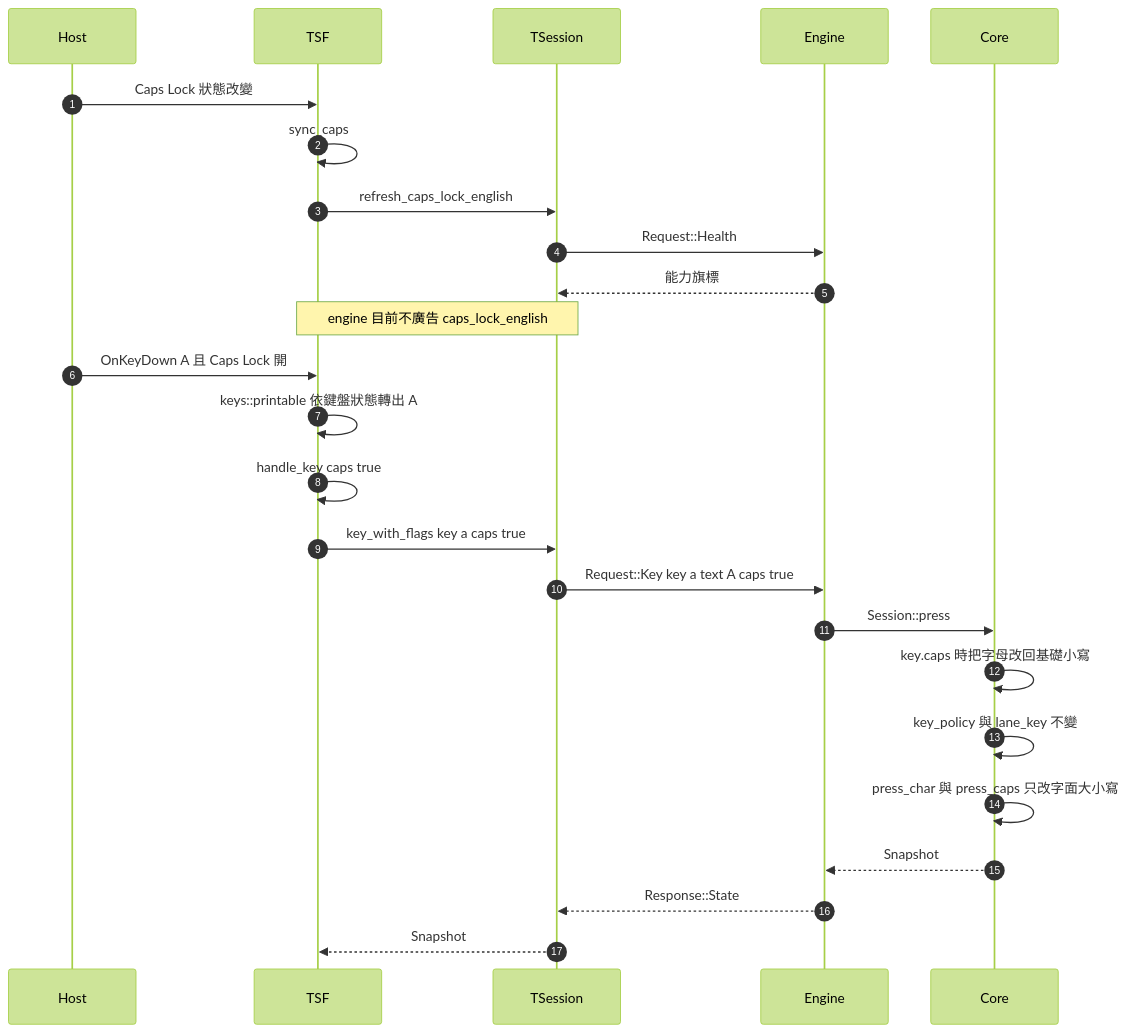
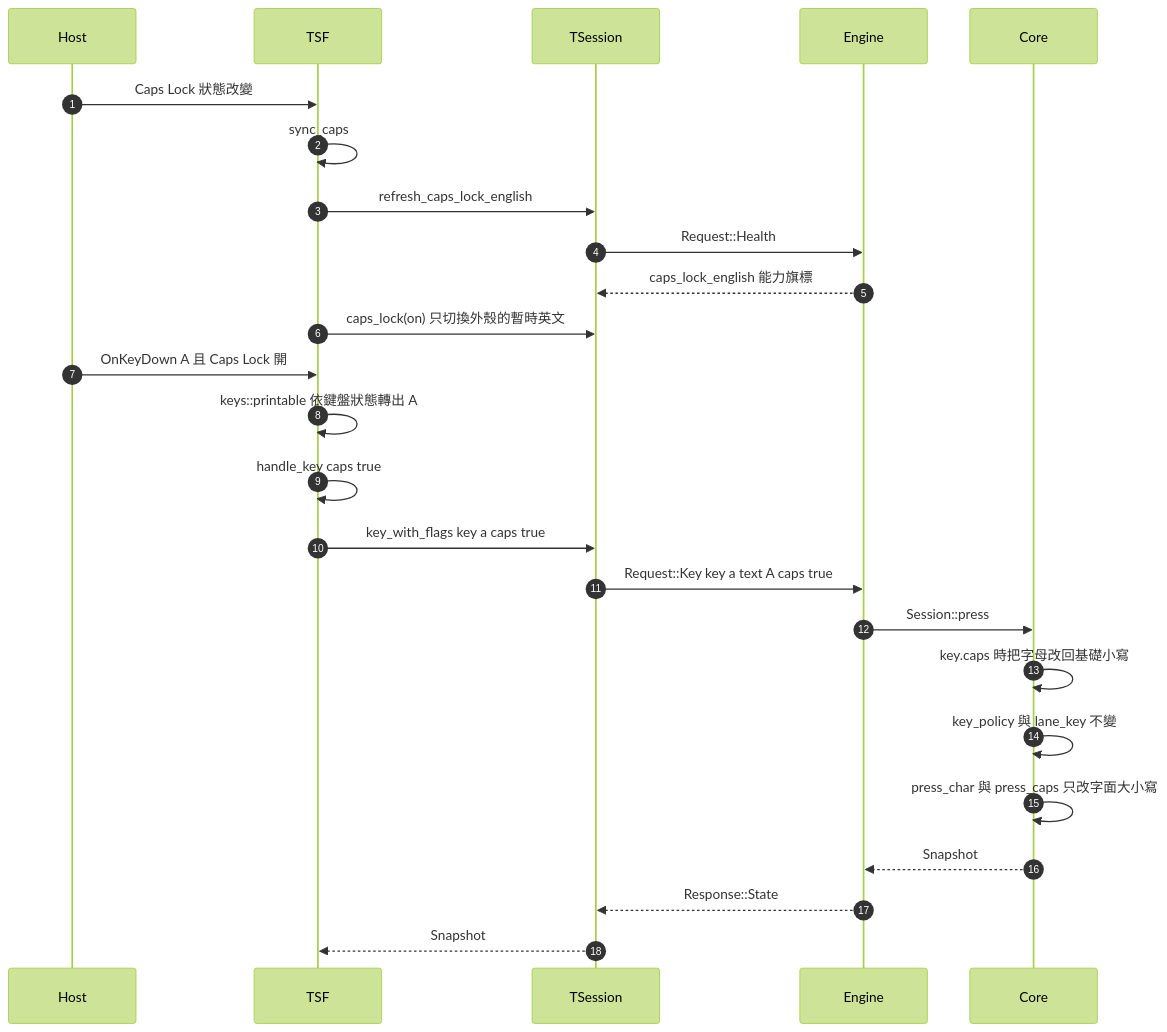
The sixth of 13 diagrams in docs/port/event-flows.md (jeffpeng3/jc-ime), drawn with Mermaid (forest theme) before and after one commit. The commit also changed other lines of this file and 6 other files, not shown here.

First line of the commit message:
feat(tsf): caps_lock_english 回報能力並在外殼切英文

````diff
--- a/docs/port/event-flows.md
+++ b/docs/port/event-flows.md
@@ -378,29 +378,29 @@
 ```mermaid
 sequenceDiagram
     autonumber
     participant Host
     participant TSF
     participant TSession
     participant Engine
     participant Core
 
     Host->>TSF: Caps Lock 狀態改變
     TSF->>TSF: sync_caps
     TSF->>TSession: refresh_caps_lock_english
     TSession->>Engine: Request::Health
-    Engine-->>TSession: 能力旗標
-    Note over TSF,TSession: engine 目前不廣告 caps_lock_english
+    Engine-->>TSession: caps_lock_english 能力旗標
+    TSF->>TSession: caps_lock(on) 只切換外殼的暫時英文
 
     Host->>TSF: OnKeyDown A 且 Caps Lock 開
     TSF->>TSF: keys::printable 依鍵盤狀態轉出 A
     TSF->>TSF: handle_key caps true
     TSF->>TSession: key_with_flags key a caps true
     TSession->>Engine: Request::Key key a text A caps true
     Engine->>Core: Session::press
     Core->>Core: key.caps 時把字母改回基礎小寫
     Core->>Core: key_policy 與 lane_key 不變
     Core->>Core: press_char 與 press_caps 只改字面大小寫
     Core-->>Engine: Snapshot
     Engine-->>TSession: Response::State
     TSession-->>TSF: Snapshot
 ```
````
